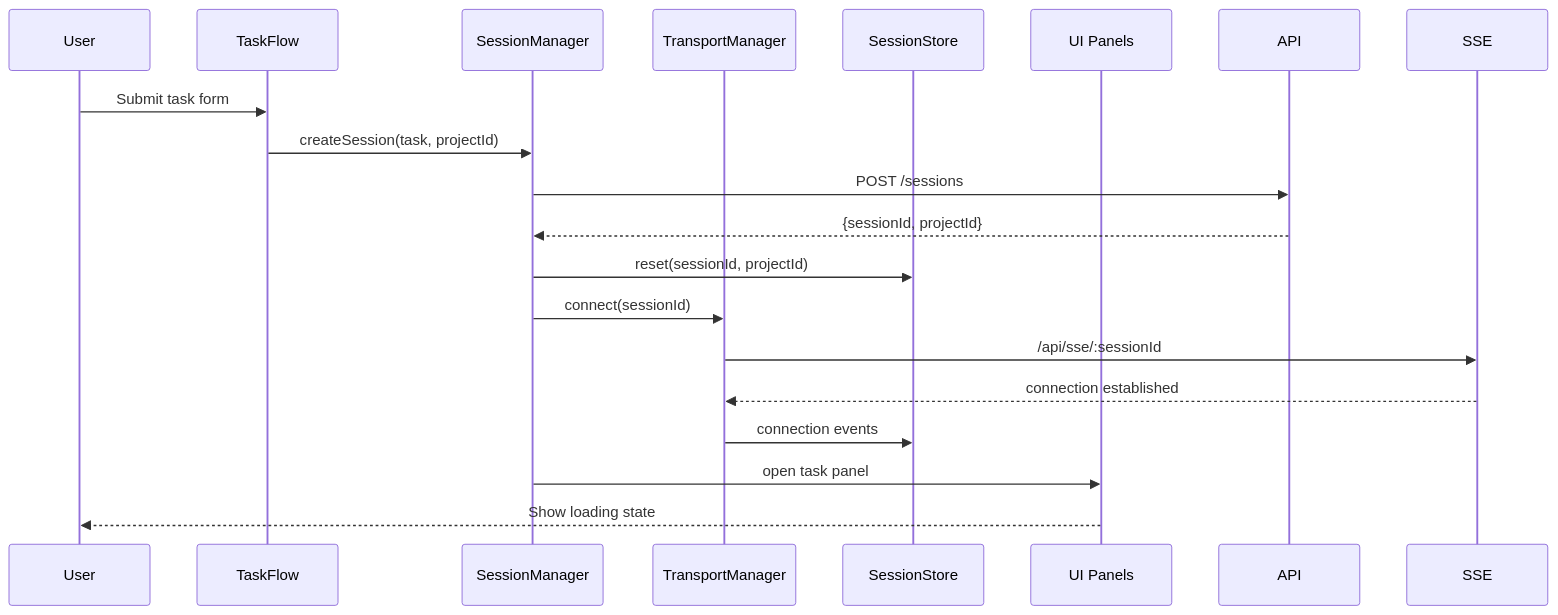
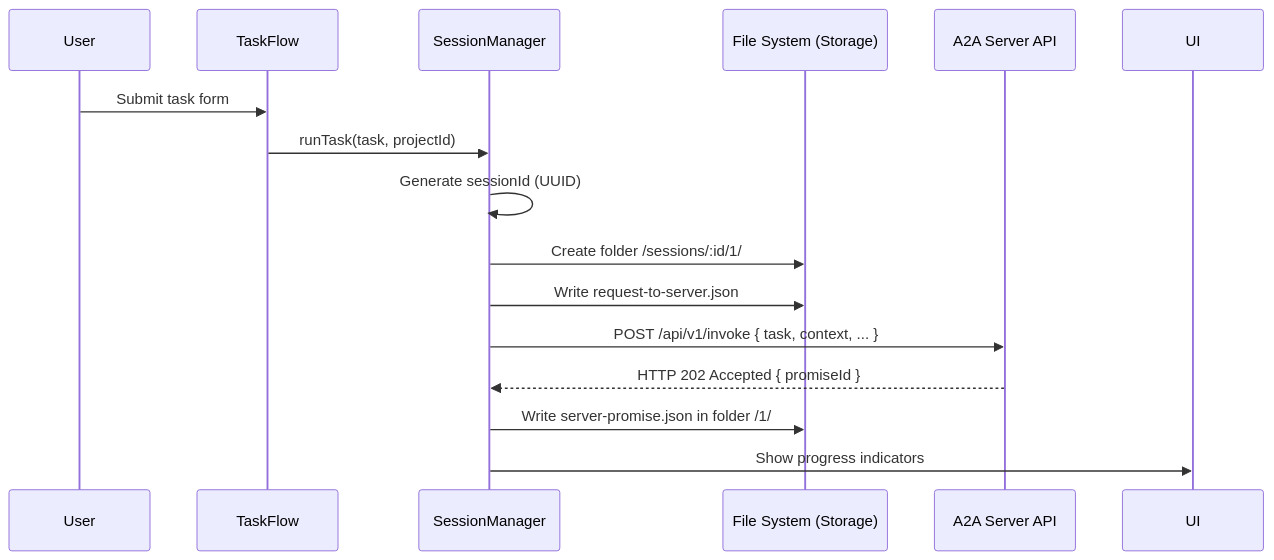
The first of 3 diagrams in a2a-client/docs/workflows/session-lifecycle/README.md (donkeyhotshow/a2a-script-agent-autonomy), drawn with Mermaid before and after one commit. The commit also changed other lines of this file and 280 other files, not shown here.

````diff
--- a/a2a-client/docs/workflows/session-lifecycle/README.md
+++ b/a2a-client/docs/workflows/session-lifecycle/README.md
@@ -16,21 +16,18 @@
 ```mermaid
 sequenceDiagram
     participant U as User
     participant TF as TaskFlow
     participant SM as SessionManager
-    participant TM as TransportManager
-    participant SS as SessionStore
-    participant UI as UI Panels
+    participant FS as File System (Storage)
+    participant API as A2A Server API
 
     U->>TF: Submit task form
-    TF->>SM: createSession(task, projectId)
-    SM->>API: POST /sessions
-    API-->>SM: {sessionId, projectId}
-    SM->>SS: reset(sessionId, projectId)
-    SM->>TM: connect(sessionId)
-    TM->>SSE: /api/sse/:sessionId
-    SSE-->>TM: connection established
-    TM->>SS: connection events
-    SM->>UI: open task panel
-    UI-->>U: Show loading state
+    TF->>SM: runTask(task, projectId)
+    SM->>SM: Generate sessionId (UUID)
+    SM->>FS: Create folder /sessions/:id/1/
+    SM->>FS: Write request-to-server.json
+    SM->>API: POST /api/v1/invoke { task, context, ... }
+    API-->>SM: HTTP 202 Accepted { promiseId }
+    SM->>FS: Write server-promise.json in folder /1/
+    SM->>UI: Show progress indicators
 ```
````
